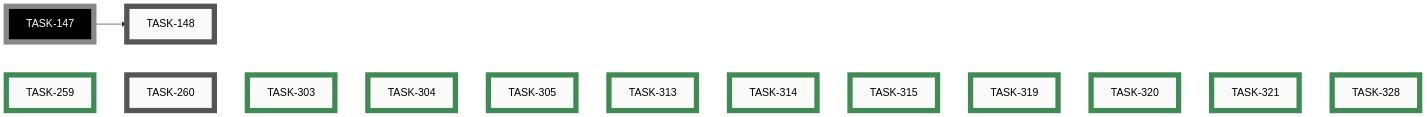
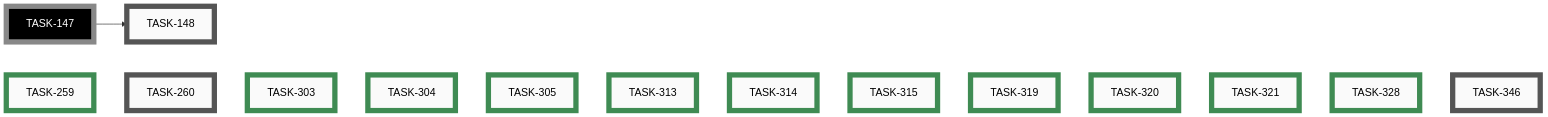
Before and after one commit to tgd1975/AwesomeStudioPedal: the tenth of 10 diagrams in docs/developers/tasks/EPICS.md, drawn with Mermaid. The commit also changed other lines of this file and 5 other files, not shown here.

````diff
--- a/docs/developers/tasks/EPICS.md
+++ b/docs/developers/tasks/EPICS.md
@@ -395,40 +395,42 @@
 ```mermaid
 graph LR
     TASK_148["TASK-148"]:::open
     TASK_260["TASK-260"]:::open
+    TASK_346["TASK-346"]:::open
     TASK_259["TASK-259"]:::closed
     TASK_303["TASK-303"]:::closed
     TASK_304["TASK-304"]:::closed
     TASK_305["TASK-305"]:::closed
     TASK_313["TASK-313"]:::closed
     TASK_314["TASK-314"]:::closed
     TASK_315["TASK-315"]:::closed
     TASK_319["TASK-319"]:::closed
     TASK_320["TASK-320"]:::closed
     TASK_321["TASK-321"]:::closed
     TASK_328["TASK-328"]:::closed
     TASK_147["TASK-147"]:::openExt
     TASK_147 --> TASK_148
-    TASK_259 ~~~ TASK_260 ~~~ TASK_303 ~~~ TASK_304 ~~~ TASK_305 ~~~ TASK_313 ~~~ TASK_314 ~~~ TASK_315 ~~~ TASK_319 ~~~ TASK_320 ~~~ TASK_321 ~~~ TASK_328
+    TASK_259 ~~~ TASK_260 ~~~ TASK_303 ~~~ TASK_304 ~~~ TASK_305 ~~~ TASK_313 ~~~ TASK_314 ~~~ TASK_315 ~~~ TASK_319 ~~~ TASK_320 ~~~ TASK_321 ~~~ TASK_328 ~~~ TASK_346
     click TASK_148 "open/task-148-reorganise-developer-documentation.md"
     click TASK_260 "open/task-260-unify-version-numbers-across-deliverables.md"
+    click TASK_346 "open/task-346-content-sensitive-precommit-checks.md"
     click TASK_259 "closed/task-259-android-app-test-protocol.md"
     click TASK_303 "closed/task-303-simulator-boots-with-demo-loaded.md"
     click TASK_304 "closed/task-304-simulator-button-no-hover-reaction.md"
     click TASK_305 "closed/task-305-add-category-field-to-ideas.md"
     click TASK_313 "closed/task-313-emoji-icons-for-idea-categories.md"
     click TASK_314 "closed/task-314-nbsp-between-icon-and-category.md"
     click TASK_315 "closed/task-315-idea-sub-file-naming-convention.md"
     click TASK_319 "closed/task-319-remove-wireviz-precommit-block.md"
     click TASK_320 "closed/task-320-remove-ble-flag-precommit-check.md"
     click TASK_321 "closed/task-321-fix-ci-failures-mermaid-clang-tidy.md"
     click TASK_328 "closed/task-328-prevent-parallel-housekeep-execution.md"
     classDef open    fill:#FAFAFA,stroke:#555,stroke-width:8px,color:#000
     classDef active  fill:#FAFAFA,stroke:#1A6FA8,stroke-width:8px,color:#000
     classDef closed  fill:#FAFAFA,stroke:#3F8B53,stroke-width:8px,color:#000
     classDef paused  fill:#FAFAFA,stroke:#B07810,stroke-width:8px,color:#000
     classDef openExt    fill:#000,stroke:#888,stroke-width:8px,color:#FFF
     classDef activeExt  fill:#000,stroke:#3FA9F5,stroke-width:8px,color:#FFF
     classDef closedExt  fill:#000,stroke:#7CC68A,stroke-width:8px,color:#FFF
     classDef pausedExt  fill:#000,stroke:#F0B030,stroke-width:8px,color:#FFF
 ```
````
